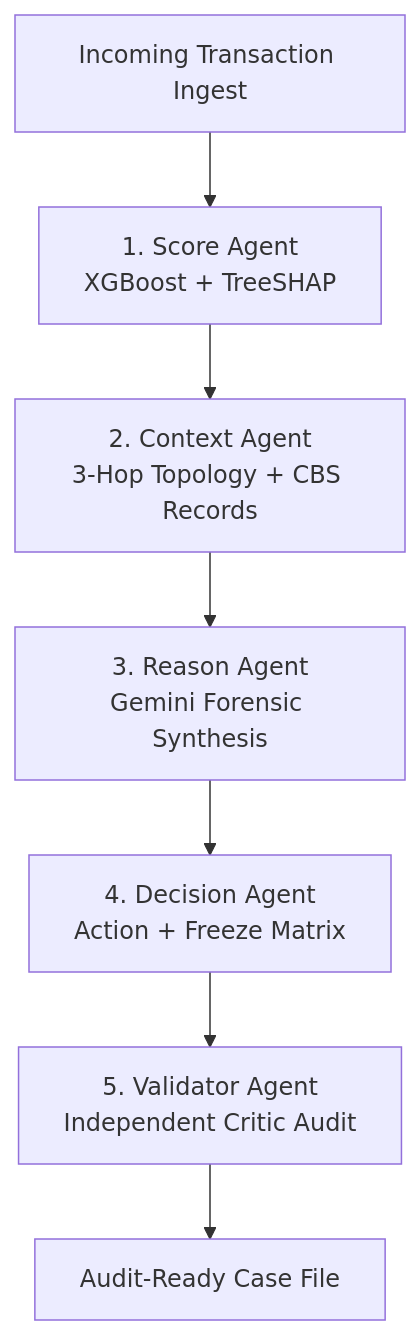
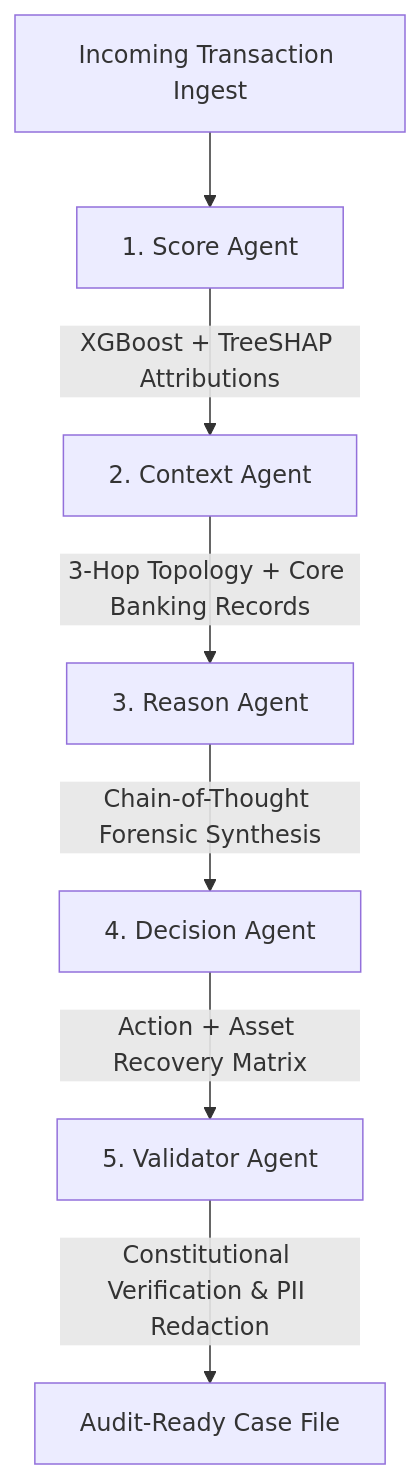
Before and after one commit to radhika23s/Safeflow: the first of 2 diagrams in README.md, drawn with Mermaid. The commit also changed other lines of this file, not shown here.

First line of the commit message:
Rewrite README: fix corrupted diagram, dedupe sections, add demo guide

````diff
--- a/README.md
+++ b/README.md
@@ -95,9 +91,9 @@
 ```mermaid
 flowchart TD
-    TX[Incoming Transaction Ingest] --> A1[1. Score Agent<br/>XGBoost + TreeSHAP]
-    A1 --> A2[2. Context Agent<br/>3-Hop Topology + CBS Records]
-    A2 --> A3[3. Reason Agent<br/>Gemini Forensic Synthesis]
-    A3 --> A4[4. Decision Agent<br/>Action + Freeze Matrix]
-    A4 --> A5[5. Validator Agent<br/>Independent Critic Audit]
-    A5 --> OUT[Audit-Ready Case File]
+    TX[Incoming Transaction Ingest] --> A1[1. Score Agent]
+    A1 -->|XGBoost + TreeSHAP Attributions| A2[2. Context Agent]
+    A2 -->|3-Hop Topology + Core Banking Records| A3[3. Reason Agent]
+    A3 -->|Chain-of-Thought Forensic Synthesis| A4[4. Decision Agent]
+    A4 -->|Action + Asset Recovery Matrix| A5[5. Validator Agent]
+    A5 -->|Constitutional Verification & PII Redaction| OUT[Audit-Ready Case File]
 ```
````
